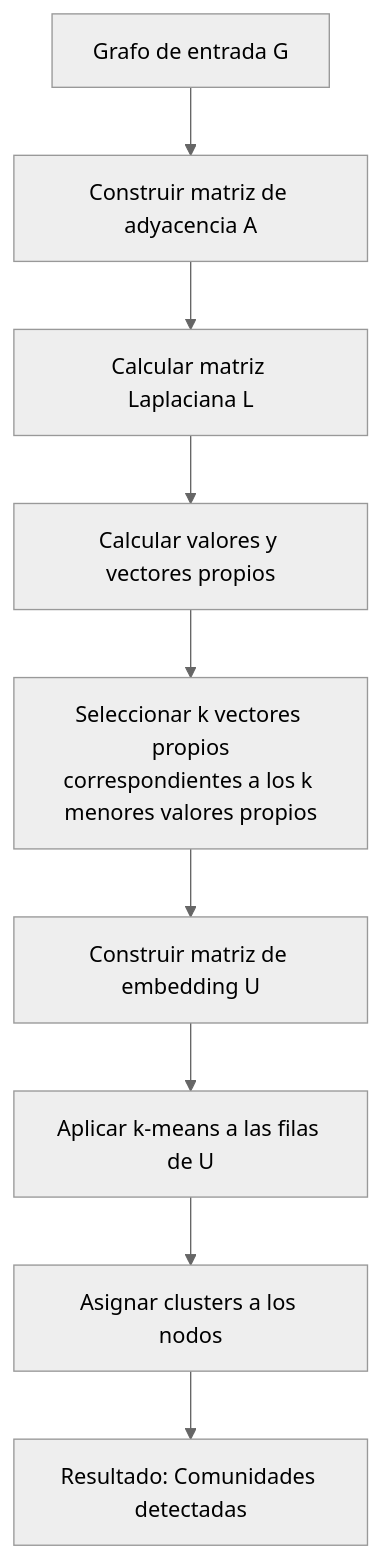
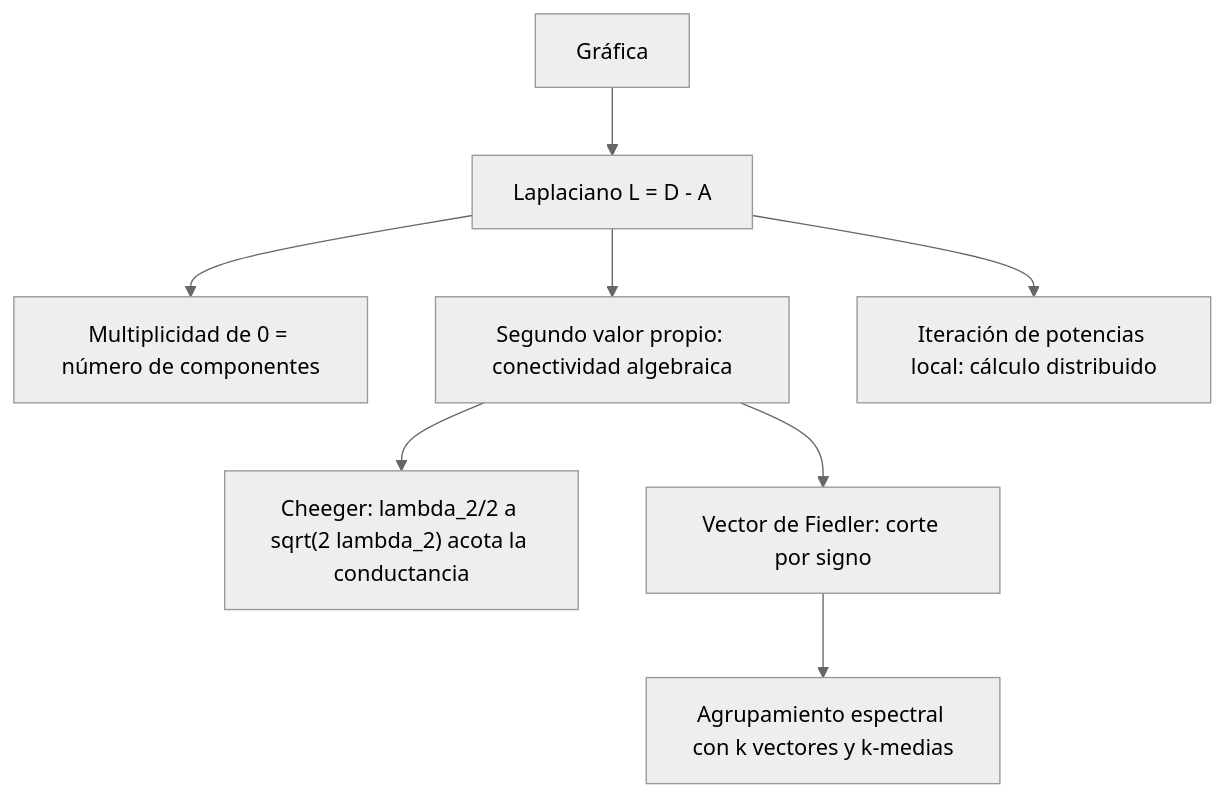
One commit to djaimej/computer-science-template changed the diagram in public/documents/semester-5/2/5272.md. Above: the diagram before and after it, drawn with Mermaid (neutral theme). The commit also changed other lines of this file and 5 other files, not shown here.

````diff
--- a/public/documents/semester-5/2/5272.md
+++ b/public/documents/semester-5/2/5272.md
@@ -155,11 +69,10 @@
 ```mermaid
 flowchart TD
-    A[Grafo de entrada G] --> B[Construir matriz de adyacencia A]
-    B --> C[Calcular matriz Laplaciana L]
-    C --> D[Calcular valores y vectores propios]
-    D --> E[Seleccionar k vectores propios<br>correspondientes a los k menores valores propios]
-    E --> F[Construir matriz de embedding U]
-    F --> G[Aplicar k-means a las filas de U]
-    G --> H[Asignar clusters a los nodos]
-    H --> I[Resultado: Comunidades detectadas]
+    A["Gráfica"] --> B["Laplaciano L = D - A"]
+    B --> C["Multiplicidad de 0 = número de componentes"]
+    B --> D["Segundo valor propio: conectividad algebraica"]
+    D --> E["Cheeger: lambda_2/2 a sqrt(2 lambda_2) acota la conductancia"]
+    D --> F["Vector de Fiedler: corte por signo"]
+    F --> G["Agrupamiento espectral con k vectores y k-medias"]
+    B --> H["Iteración de potencias local: cálculo distribuido"]
 ```
````
